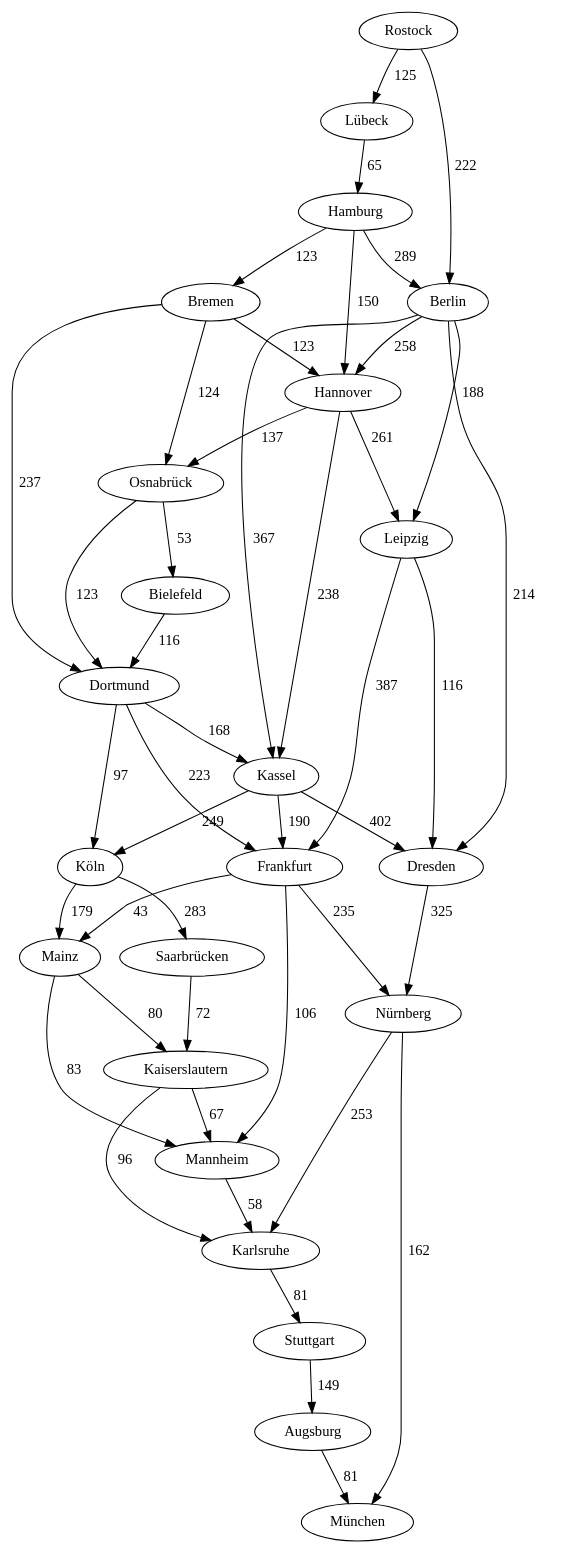
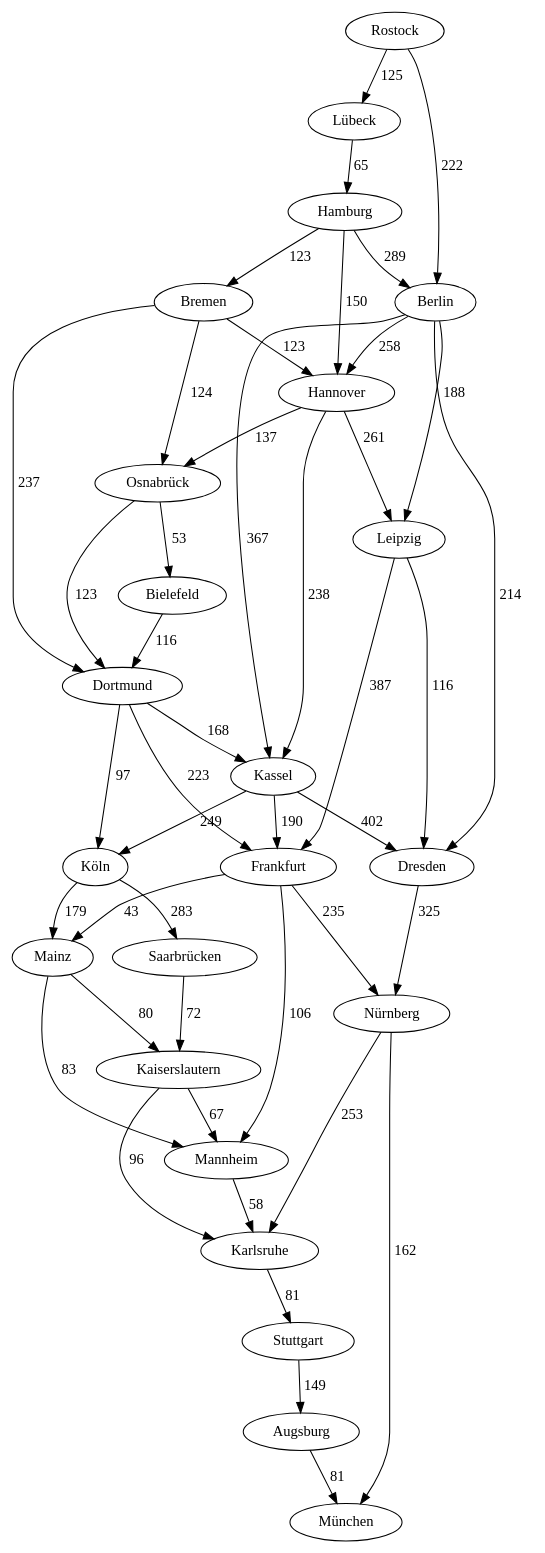
The diagram in io/graph_08.dot (MaxPower9001/B-AI3GKAP), drawn with Graphviz before and after one commit. The commit also changed 21 other files, not shown here.

```diff
--- a/io/graph_08.dot
+++ b/io/graph_08.dot
@@ -1,70 +1,70 @@
 digraph graph_08
 {
 Augsburg
 München
 Berlin
 Dresden
 Hannover
 Kassel
 Leipzig
 Bielefeld
 Dortmund
 Bremen
 Osnabrück
 Frankfurt
 Köln
 Nürnberg
 Mainz
 Mannheim
 Hamburg
 Kaiserslautern
 Karlsruhe
 Stuttgart
 Saarbrücken
 Lübeck
 Rostock
-Augsburg -> München [label=" 81  "]
-Berlin -> Dresden [label=" 214  "]
-Berlin -> Hannover [label=" 258  "]
-Berlin -> Kassel [label=" 367  "]
-Berlin -> Leipzig [label=" 188  "]
-Dresden -> Nürnberg [label=" 325  "]
-Hannover -> Kassel [label=" 238  "]
-Hannover -> Leipzig [label=" 261  "]
-Hannover -> Osnabrück [label=" 137  "]
-Kassel -> Dresden [label=" 402  "]
-Kassel -> Frankfurt [label=" 190  "]
-Kassel -> Köln [label=" 249  "]
-Leipzig -> Dresden [label=" 116  "]
-Leipzig -> Frankfurt [label=" 387  "]
-Bielefeld -> Dortmund [label=" 116  "]
-Dortmund -> Kassel [label=" 168  "]
-Dortmund -> Frankfurt [label=" 223  "]
-Dortmund -> Köln [label=" 97  "]
-Bremen -> Hannover [label=" 123  "]
-Bremen -> Dortmund [label=" 237  "]
-Bremen -> Osnabrück [label=" 124  "]
-Osnabrück -> Bielefeld [label=" 53  "]
-Osnabrück -> Dortmund [label=" 123  "]
-Frankfurt -> Nürnberg [label=" 235  "]
-Frankfurt -> Mainz [label=" 43  "]
-Frankfurt -> Mannheim [label=" 106  "]
-Köln -> Mainz [label=" 179  "]
-Köln -> Saarbrücken [label=" 283  "]
-Nürnberg -> München [label=" 162  "]
-Nürnberg -> Karlsruhe [label=" 253  "]
-Mainz -> Mannheim [label=" 83  "]
-Mainz -> Kaiserslautern [label=" 80  "]
-Mannheim -> Karlsruhe [label=" 58  "]
-Hamburg -> Berlin [label=" 289  "]
-Hamburg -> Hannover [label=" 150  "]
-Hamburg -> Bremen [label=" 123  "]
-Kaiserslautern -> Mannheim [label=" 67  "]
-Kaiserslautern -> Karlsruhe [label=" 96  "]
-Karlsruhe -> Stuttgart [label=" 81  "]
-Stuttgart -> Augsburg [label=" 149  "]
-Saarbrücken -> Kaiserslautern [label=" 72  "]
-Lübeck -> Hamburg [label=" 65  "]
-Rostock -> Berlin [label=" 222  "]
-Rostock -> Lübeck [label=" 125  "]
+Augsburg -> München [label="81  "]
+Berlin -> Dresden [label="214  "]
+Berlin -> Hannover [label="258  "]
+Berlin -> Kassel [label="367  "]
+Berlin -> Leipzig [label="188  "]
+Dresden -> Nürnberg [label="325  "]
+Hannover -> Kassel [label="238  "]
+Hannover -> Leipzig [label="261  "]
+Hannover -> Osnabrück [label="137  "]
+Kassel -> Dresden [label="402  "]
+Kassel -> Frankfurt [label="190  "]
+Kassel -> Köln [label="249  "]
+Leipzig -> Dresden [label="116  "]
+Leipzig -> Frankfurt [label="387  "]
+Bielefeld -> Dortmund [label="116  "]
+Dortmund -> Kassel [label="168  "]
+Dortmund -> Frankfurt [label="223  "]
+Dortmund -> Köln [label="97  "]
+Bremen -> Hannover [label="123  "]
+Bremen -> Dortmund [label="237  "]
+Bremen -> Osnabrück [label="124  "]
+Osnabrück -> Bielefeld [label="53  "]
+Osnabrück -> Dortmund [label="123  "]
+Frankfurt -> Nürnberg [label="235  "]
+Frankfurt -> Mainz [label="43  "]
+Frankfurt -> Mannheim [label="106  "]
+Köln -> Mainz [label="179  "]
+Köln -> Saarbrücken [label="283  "]
+Nürnberg -> München [label="162  "]
+Nürnberg -> Karlsruhe [label="253  "]
+Mainz -> Mannheim [label="83  "]
+Mainz -> Kaiserslautern [label="80  "]
+Mannheim -> Karlsruhe [label="58  "]
+Hamburg -> Berlin [label="289  "]
+Hamburg -> Hannover [label="150  "]
+Hamburg -> Bremen [label="123  "]
+Kaiserslautern -> Mannheim [label="67  "]
+Kaiserslautern -> Karlsruhe [label="96  "]
+Karlsruhe -> Stuttgart [label="81  "]
+Stuttgart -> Augsburg [label="149  "]
+Saarbrücken -> Kaiserslautern [label="72  "]
+Lübeck -> Hamburg [label="65  "]
+Rostock -> Berlin [label="222  "]
+Rostock -> Lübeck [label="125  "]
 }
```
